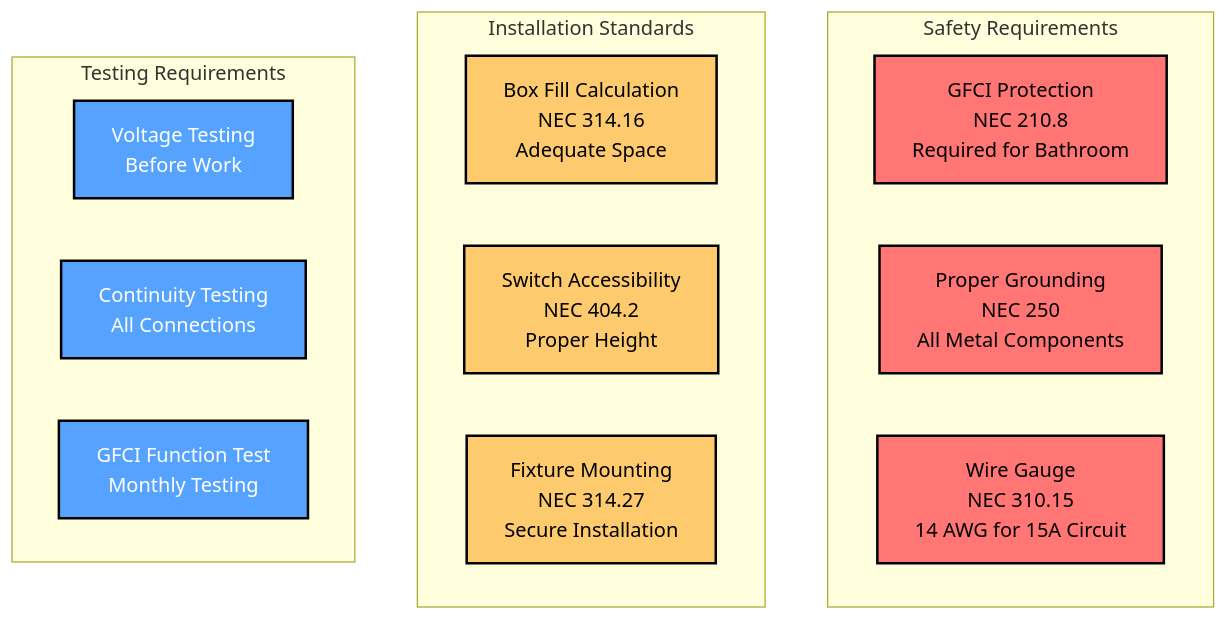
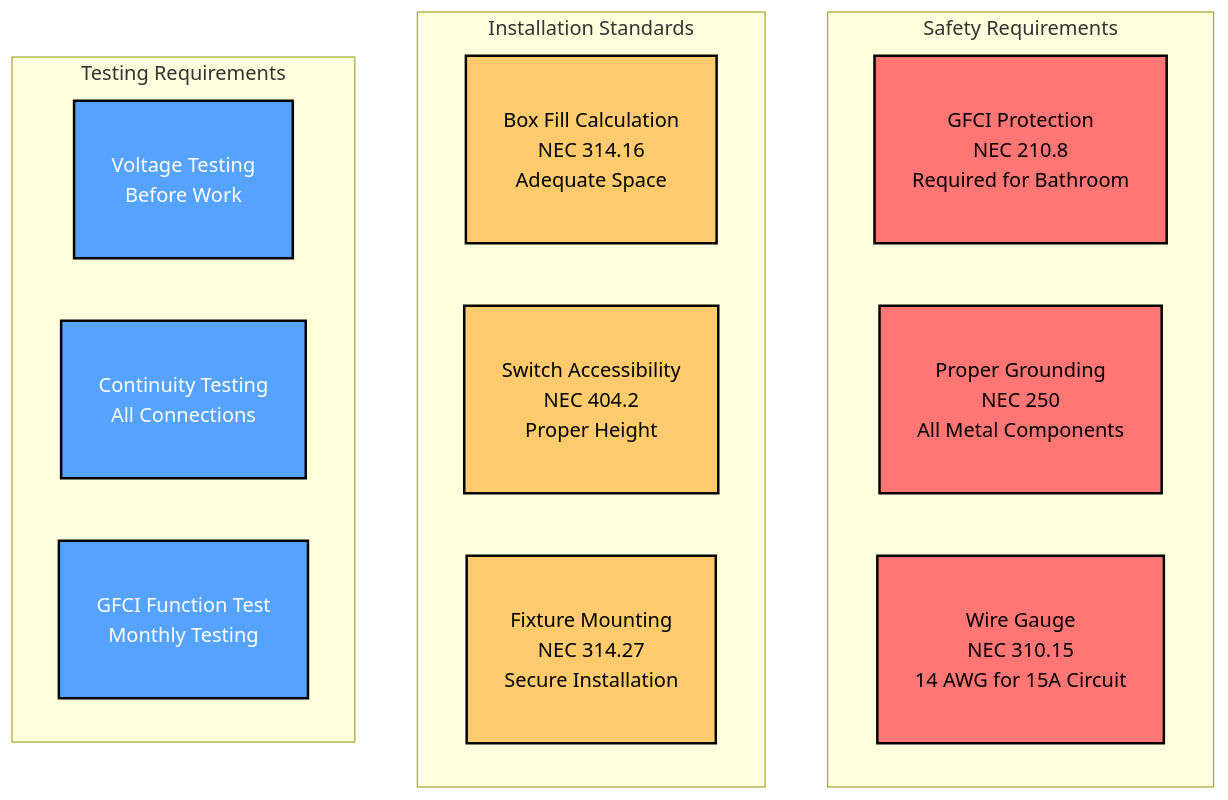
Before and after one commit to ticklemycode/electrical-wiring: the seventh of 8 diagrams in diagrams/mermaid-wiring-diagram.md, drawn with Mermaid. The commit also changed other lines of this file, not shown here.

````diff
--- a/diagrams/mermaid-wiring-diagram.md
+++ b/diagrams/mermaid-wiring-diagram.md
@@ -317,28 +317,28 @@
 ```mermaid
 flowchart TD
     subgraph "Safety Requirements"
         GFCI_REQ[GFCI Protection<br/>NEC 210.8<br/>Required for Bathroom]
         GROUND_REQ[Proper Grounding<br/>NEC 250<br/>All Metal Components]
         WIRE_REQ[Wire Gauge<br/>NEC 310.15<br/>14 AWG for 15A Circuit]
     end
     
     subgraph "Installation Standards"
         BOX_FILL[Box Fill Calculation<br/>NEC 314.16<br/>Adequate Space]
         SWITCH_ACCESS[Switch Accessibility<br/>NEC 404.2<br/>Proper Height]
         FIXTURE_MOUNT[Fixture Mounting<br/>NEC 314.27<br/>Secure Installation]
     end
     
     subgraph "Testing Requirements"
         VOLTAGE_TEST[Voltage Testing<br/>Before Work]
         CONTINUITY[Continuity Testing<br/>All Connections]
         GFCI_TEST[GFCI Function Test<br/>Monthly Testing]
     end
     
-    classDef safetyStyle fill:#ff7675,stroke:#000,stroke-width:2px,color:#000
-    classDef standardStyle fill:#fdcb6e,stroke:#000,stroke-width:2px,color:#000
-    classDef testStyle fill:#55a3ff,stroke:#000,stroke-width:2px,color:#fff
+    classDef safetyStyle fill:#ff7675,stroke:#000,stroke-width:2px,color:#000,padding:15px
+    classDef standardStyle fill:#fdcb6e,stroke:#000,stroke-width:2px,color:#000,padding:15px
+    classDef testStyle fill:#55a3ff,stroke:#000,stroke-width:2px,color:#fff,padding:15px
     
     class GFCI_REQ,GROUND_REQ,WIRE_REQ safetyStyle
     class BOX_FILL,SWITCH_ACCESS,FIXTURE_MOUNT standardStyle
     class VOLTAGE_TEST,CONTINUITY,GFCI_TEST testStyle
 ```
````
